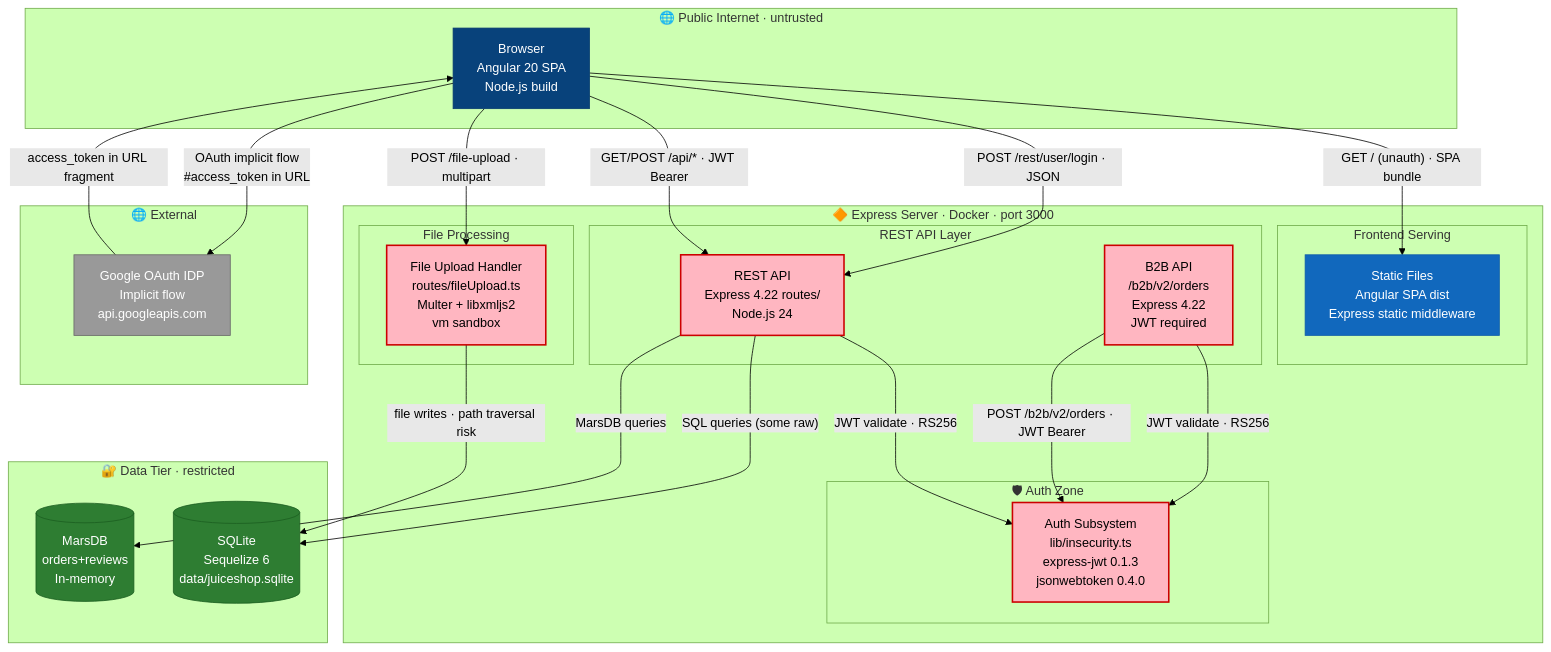
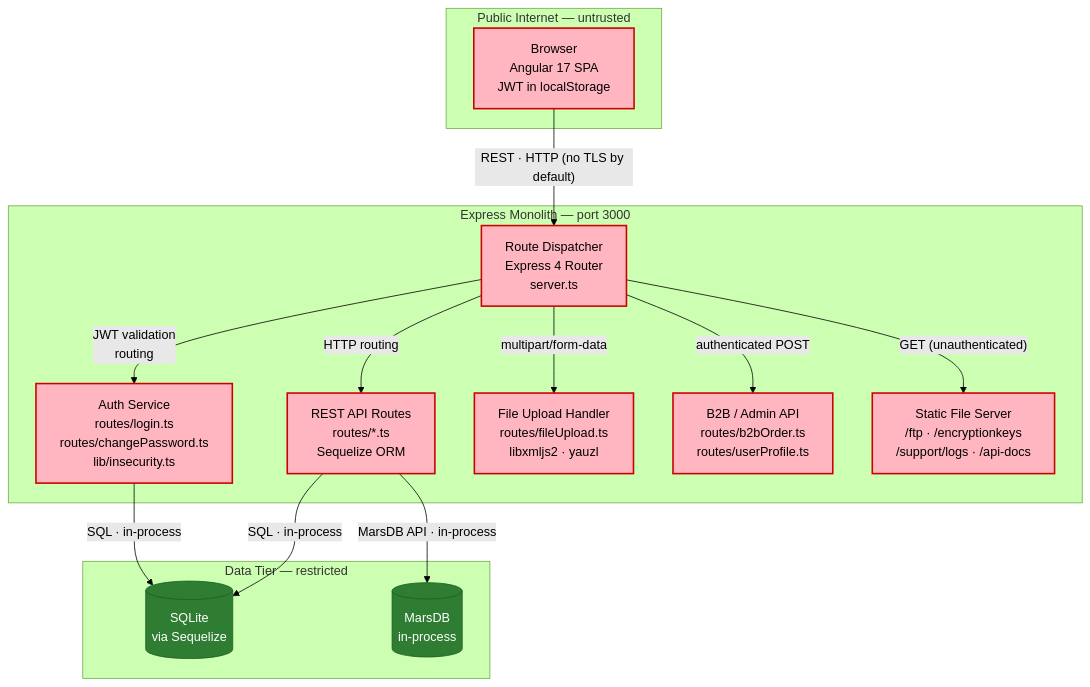
The third of 10 diagrams in examples/juice-shop/threat-model-sonnet.md (appsec-foundry/appsec-advisor), drawn with Mermaid (forest theme) before and after one commit. The commit also changed other lines of this file and 14 other files, not shown here.

````diff
--- a/examples/juice-shop/threat-model-sonnet.md
+++ b/examples/juice-shop/threat-model-sonnet.md
@@ -108,56 +271,38 @@
 ```mermaid
 graph TD
-    classDef person   fill:#08427B,stroke:#073B6F,color:#fff
-    classDef system   fill:#1168BD,stroke:#0E5CA8,color:#fff
-    classDef external fill:#999,stroke:#666,color:#fff
-    classDef db       fill:#2E7D32,stroke:#1B5E20,color:#fff
-    classDef risk     fill:#FFB6C1,stroke:#c00,color:#000,stroke-width:2px
-
-    subgraph INTERNET["🌐 Public Internet · untrusted"]
-        BROWSER["Browser\nAngular 20 SPA\nNode.js build"]:::person
+    subgraph INTERNET["Public Internet — untrusted"]
+        BROWSER["Browser\nAngular 17 SPA\nJWT in localStorage"]:::risk
     end
 
-    subgraph DMZ["🔶 Express Server · Docker · port 3000"]
-        subgraph FRONTEND_LAYER["Frontend Serving"]
-            STATIC["Static Files\nAngular SPA dist\nExpress static middleware"]:::system
-        end
-        subgraph API_LAYER["REST API Layer"]
-            REST["REST API\nExpress 4.22 routes/\nNode.js 24"]:::risk
-            B2B["B2B API\n/b2b/v2/orders\nExpress 4.22\nJWT required"]:::risk
-        end
-        subgraph AUTH_ZONE["🛡 Auth Zone"]
-            AUTH["Auth Subsystem\nlib/insecurity.ts\nexpress-jwt 0.1.3\njsonwebtoken 0.4.0"]:::risk
-        end
-        subgraph UPLOAD["File Processing"]
-            UPLOAD_H["File Upload Handler\nroutes/fileUpload.ts\nMulter + libxmljs2\nvm sandbox"]:::risk
-        end
+    subgraph MONOLITH["Express Monolith — port 3000"]
+        APIGW["Route Dispatcher\nExpress 4 Router\nserver.ts"]:::risk
+        AUTH["Auth Service\nroutes/login.ts\nroutes/changePassword.ts\nlib/insecurity.ts"]:::risk
+        RESTAPI["REST API Routes\nroutes/*.ts\nSequelize ORM"]:::risk
+        FILEUP["File Upload Handler\nroutes/fileUpload.ts\nlibxmljs2 · yauzl"]:::risk
+        B2B["B2B / Admin API\nroutes/b2bOrder.ts\nroutes/userProfile.ts"]:::risk
+        STATIC["Static File Server\n/ftp · /encryptionkeys\n/support/logs · /api-docs"]:::risk
     end
 
-    subgraph DATA_TIER["🔐 Data Tier · restricted"]
-        SQLITE[("SQLite\nSequelize 6\ndata/juiceshop.sqlite")]:::db
-        MARSDB[("MarsDB\norders+reviews\nIn-memory")]:::db
+    subgraph DATA_TIER["Data Tier — restricted"]
+        SQLITE[("SQLite\nvia Sequelize")]:::db
+        MARSDB[("MarsDB\nin-process")]:::db
     end
 
-    subgraph EXTERNAL["🌐 External"]
-        GOOGLE_IDP["Google OAuth IDP\nImplicit flow\napi.googleapis.com"]:::external
-    end
+    BROWSER -->|"REST · HTTP (no TLS by default)"| APIGW
+    APIGW -->|"JWT validation\nrouting"| AUTH
+    APIGW -->|"HTTP routing"| RESTAPI
+    APIGW -->|"multipart/form-data"| FILEUP
+    APIGW -->|"authenticated POST"| B2B
+    APIGW -->|"GET (unauthenticated)"| STATIC
+    AUTH -->|"SQL · in-process"| SQLITE
+    RESTAPI -->|"SQL · in-process"| SQLITE
+    RESTAPI -->|"MarsDB API · in-process"| MARSDB
 
-    BROWSER -->|"GET / (unauth) · SPA bundle"| STATIC
-    BROWSER -->|"POST /rest/user/login · JSON"| REST
-    BROWSER -->|"GET/POST /api/* · JWT Bearer"| REST
-    BROWSER -->|"POST /file-upload · multipart"| UPLOAD_H
-    BROWSER -->|"OAuth implicit flow\n#access_token in URL"| GOOGLE_IDP
-    GOOGLE_IDP -->|"access_token in URL fragment"| BROWSER
-    REST -->|"JWT validate · RS256"| AUTH
-    B2B -->|"JWT validate · RS256"| AUTH
-    REST -->|"SQL queries (some raw)"| SQLITE
-    REST -->|"MarsDB queries"| MARSDB
-    UPLOAD_H -->|"file writes · path traversal risk"| SQLITE
-    B2B -->|"POST /b2b/v2/orders · JWT Bearer"| AUTH
+    classDef risk fill:#FFB6C1,stroke:#c00,color:#000,stroke-width:2px
+    classDef db fill:#2E7D32,stroke:#1B5E20,color:#fff
 
-    %% Trust Boundary Key:
-    %% 🌐 Internet → 🔶 DMZ: No WAF, no TLS, CORS wildcard (*) allows all origins
-    %% 🔶 DMZ → 🛡 Auth Zone: JWT RS256 middleware, but express-jwt v0.1.3 (obsolete)
-    %% 🔶 DMZ → 🔐 Data Tier: Sequelize ORM, but raw SQL used in login and search
-    %% Auth Zone → 🌐 External: Google OAuth implicit flow (deprecated, token in URL)
+%% Trust Boundary Key:
+%% INTERNET / MONOLITH: Express handles all inbound; no mutual TLS, no gateway
+%% MONOLITH / DATA_TIER: in-process; no separate DB process, no network boundary
+%% Static files: served without auth middleware
 ```
````
